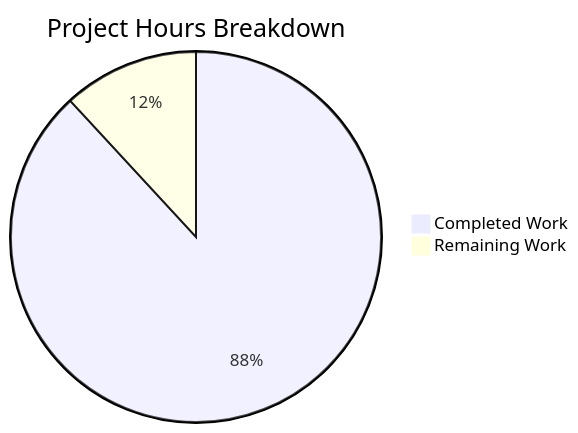
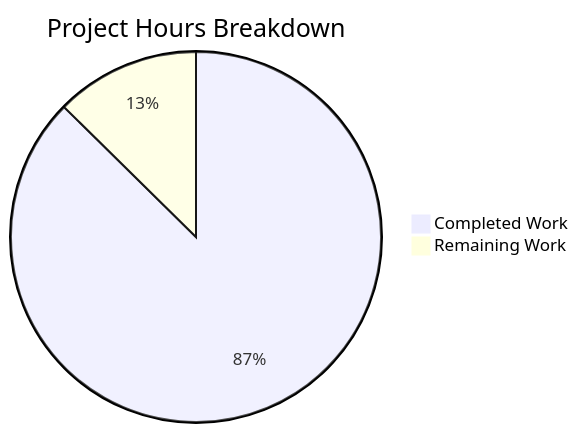
One commit to blitzy-public-samples/blitzy-WebVella-ERP changed the first of 2 diagrams in blitzy/documentation/Project Guide.md. Above: the diagram before and after it, drawn with Mermaid. The commit also changed other lines of this file, not shown here.

Commit message:
Adding Blitzy Project Guide: Project Status and Human Tasks Remaining

````diff
--- a/blitzy/documentation/Project Guide.md
+++ b/blitzy/documentation/Project Guide.md
@@ -27,5 +60,5 @@
 ```mermaid
 pie title Project Hours Breakdown
-    "Completed Work" : 260
-    "Remaining Work" : 35
+    "Completed Work" : 270
+    "Remaining Work" : 39
 ```
````
